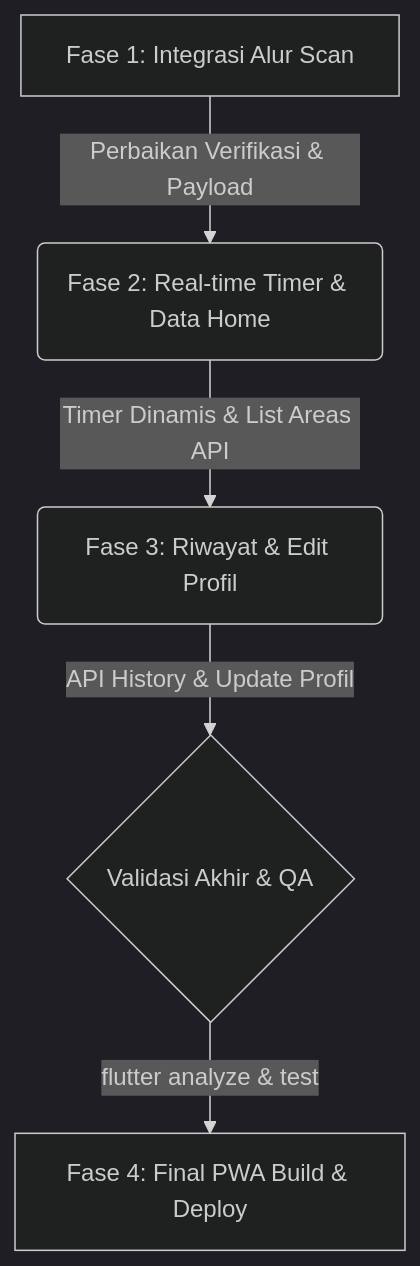
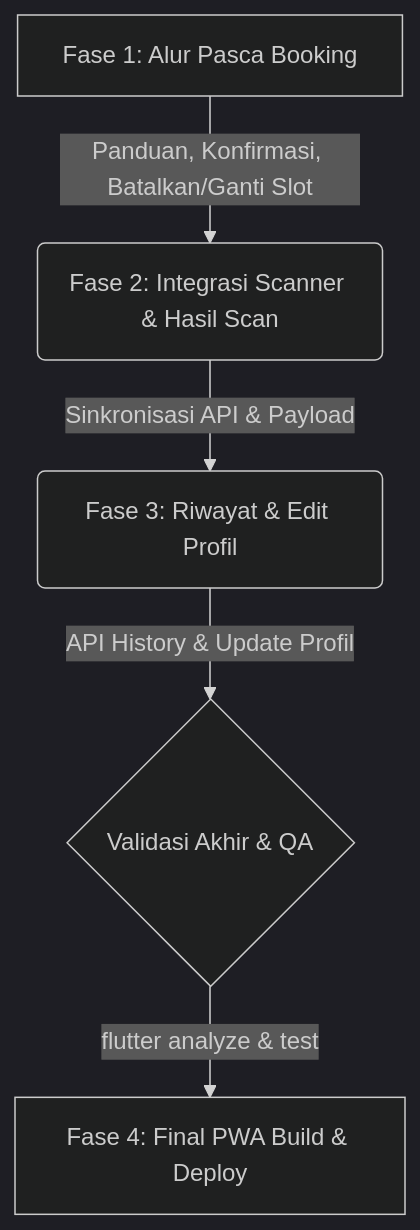
One commit to ImamAriadi2022/mobile-front changed the diagram in progres/progres.md. Above: the diagram before and after it, drawn with Mermaid (dark theme). The commit also changed other lines of this file, not shown here.

Commit message:
docs: add TASK 0044 post-booking flow issues to progress report

````diff
--- a/progres/progres.md
+++ b/progres/progres.md
@@ -65,7 +67,7 @@
 ```mermaid
 graph TD
-    A[Fase 1: Integrasi Alur Scan] -->|Perbaikan Verifikasi & Payload| B(Fase 2: Real-time Timer & Data Home)
-    B -->|Timer Dinamis & List Areas API| C(Fase 3: Riwayat & Edit Profil)
+    A[Fase 1: Alur Pasca Booking] -->|Panduan, Konfirmasi, Batalkan/Ganti Slot| B(Fase 2: Integrasi Scanner & Hasil Scan)
+    B -->|Sinkronisasi API & Payload| C(Fase 3: Riwayat & Edit Profil)
     C -->|API History & Update Profil| D{Validasi Akhir & QA}
     D -->|flutter analyze & test| E[Fase 4: Final PWA Build & Deploy]
 ```
````
